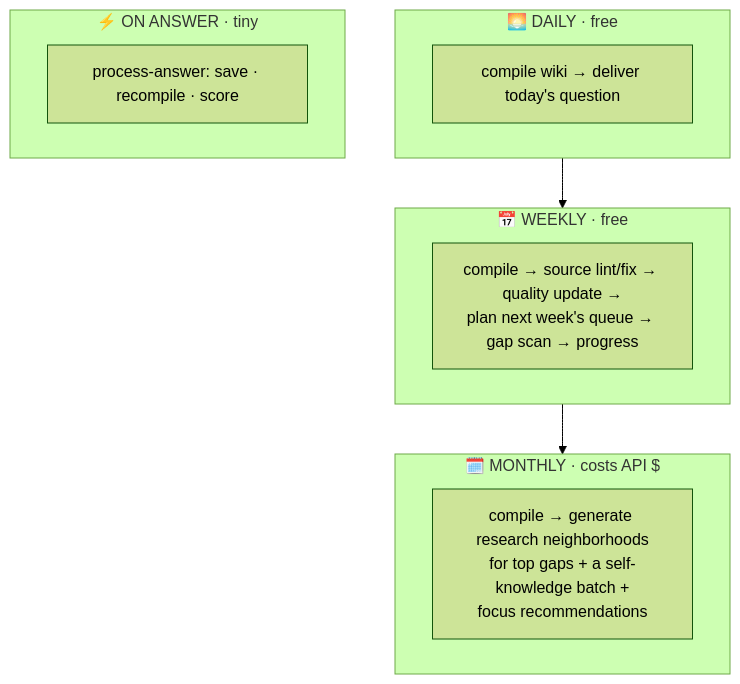
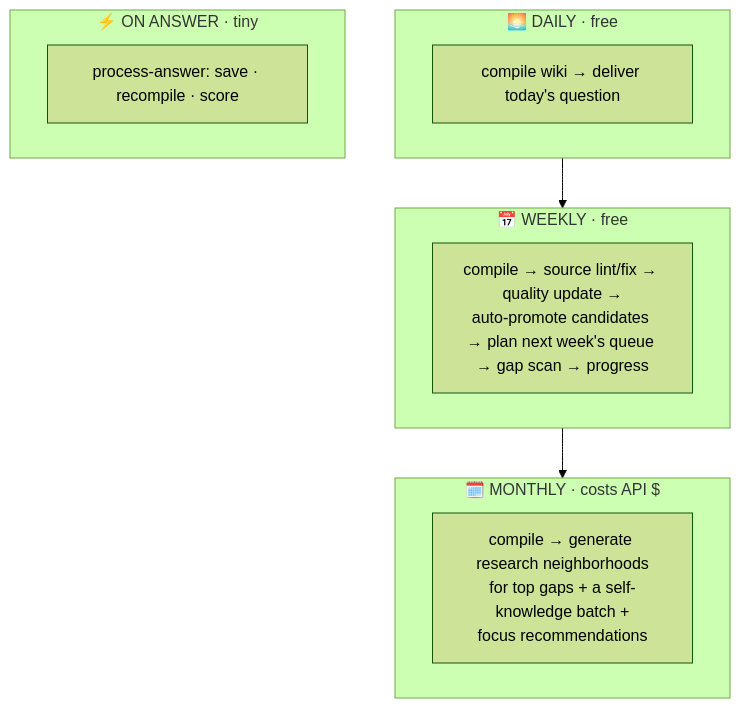
One commit to lifehug/lifehug changed the ninth of 9 diagrams in README.md. Above: the diagram before and after it, drawn with Mermaid (forest theme). The commit also changed other lines of this file and 1 other file, not shown here.

Commit message:
v25: README updated to reflect autonomous quality loop (v24 auto-promotion + issue #14)

````diff
--- a/README.md
+++ b/README.md
@@ -327,16 +337,16 @@
 ```mermaid
 flowchart TB
     subgraph d["🌅 DAILY · free"]
         D1["compile wiki → deliver today's question"]
     end
     subgraph w["📅 WEEKLY · free"]
-        W1["compile → source lint/fix → quality update →<br/>plan next week's queue → gap scan → progress"]
+        W1["compile → source lint/fix → quality update →<br/>auto-promote candidates → plan next week's queue → gap scan → progress"]
     end
     subgraph m["🗓️ MONTHLY · costs API $"]
         M1["compile → generate research neighborhoods<br/>for top gaps + a self-knowledge batch +<br/>focus recommendations"]
     end
     subgraph e["⚡ ON ANSWER · tiny"]
         E1["process-answer: save · recompile · score"]
     end
     d --> w --> m
 ```
````
